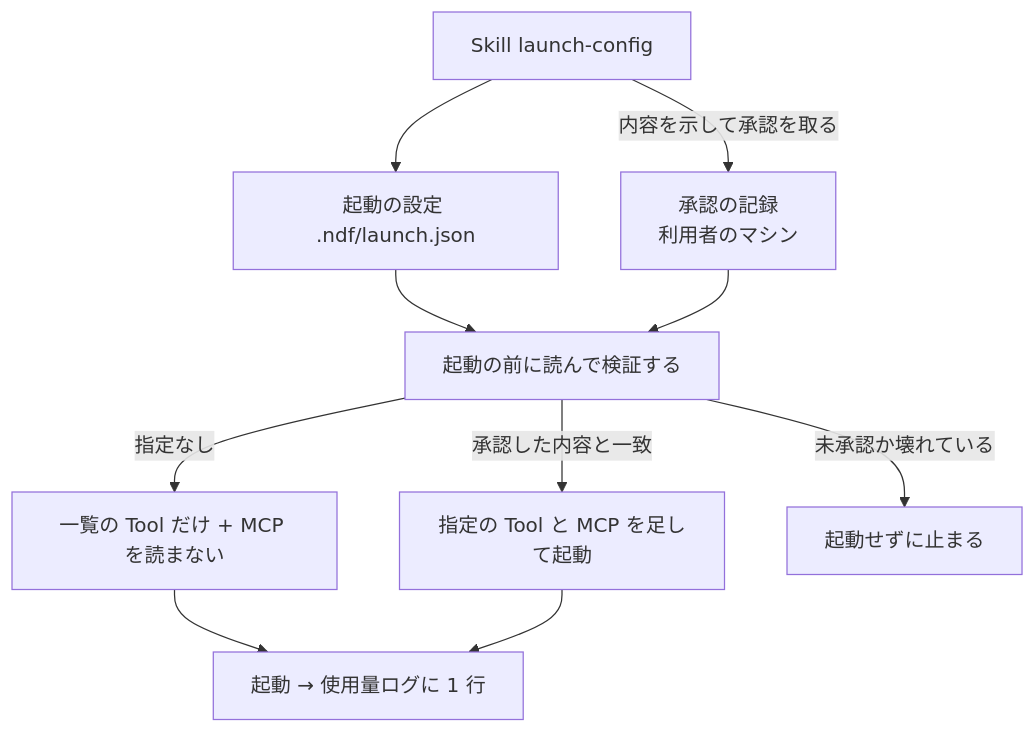
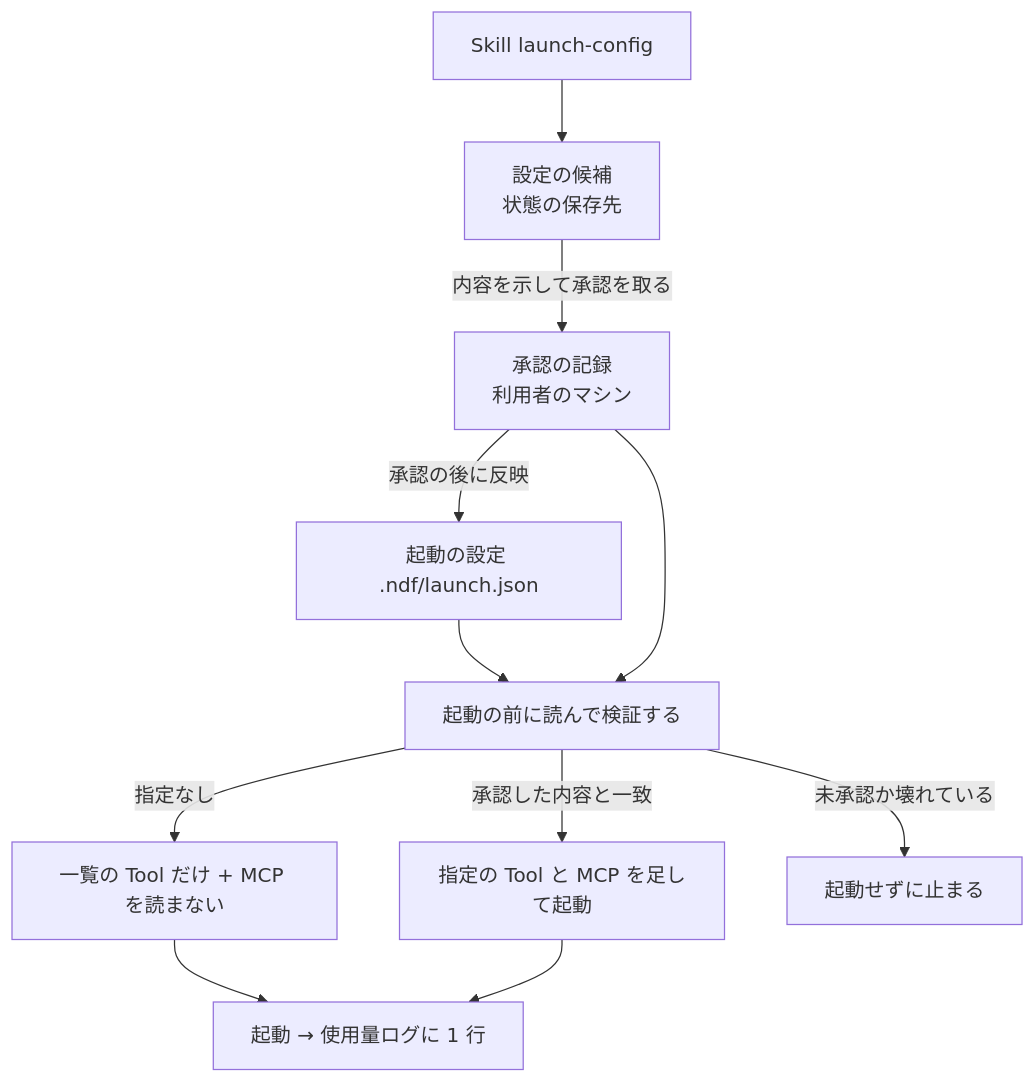
One commit to devbasex/ai-plugins changed the second of 4 diagrams in issues/issue-1959-design.md. Above: the diagram before and after it, drawn with Mermaid. The commit also changed other lines of this file and 4 other files, not shown here.

````diff
--- a/issues/issue-1959-design.md
+++ b/issues/issue-1959-design.md
@@ -119,11 +120,12 @@
 ```mermaid
 graph TD
-    K[Skill launch-config] -->|内容を示して承認を取る| A[承認の記録<br>利用者のマシン]
-    K --> P[起動の設定 .ndf/launch.json]
+    K[Skill launch-config] --> D0[設定の候補<br>状態の保存先]
+    D0 -->|内容を示して承認を取る| A[承認の記録<br>利用者のマシン]
+    A -->|承認の後に反映| P[起動の設定 .ndf/launch.json]
     P --> R[起動の前に読んで検証する]
     A --> R
     R -->|指定なし| N[一覧の Tool だけ + MCP を読まない]
     R -->|承認した内容と一致| O[指定の Tool と MCP を足して起動]
     R -->|未承認か壊れている| D[起動せずに止まる]
     N & O --> U[起動 → 使用量ログに 1 行]
 ```
````
